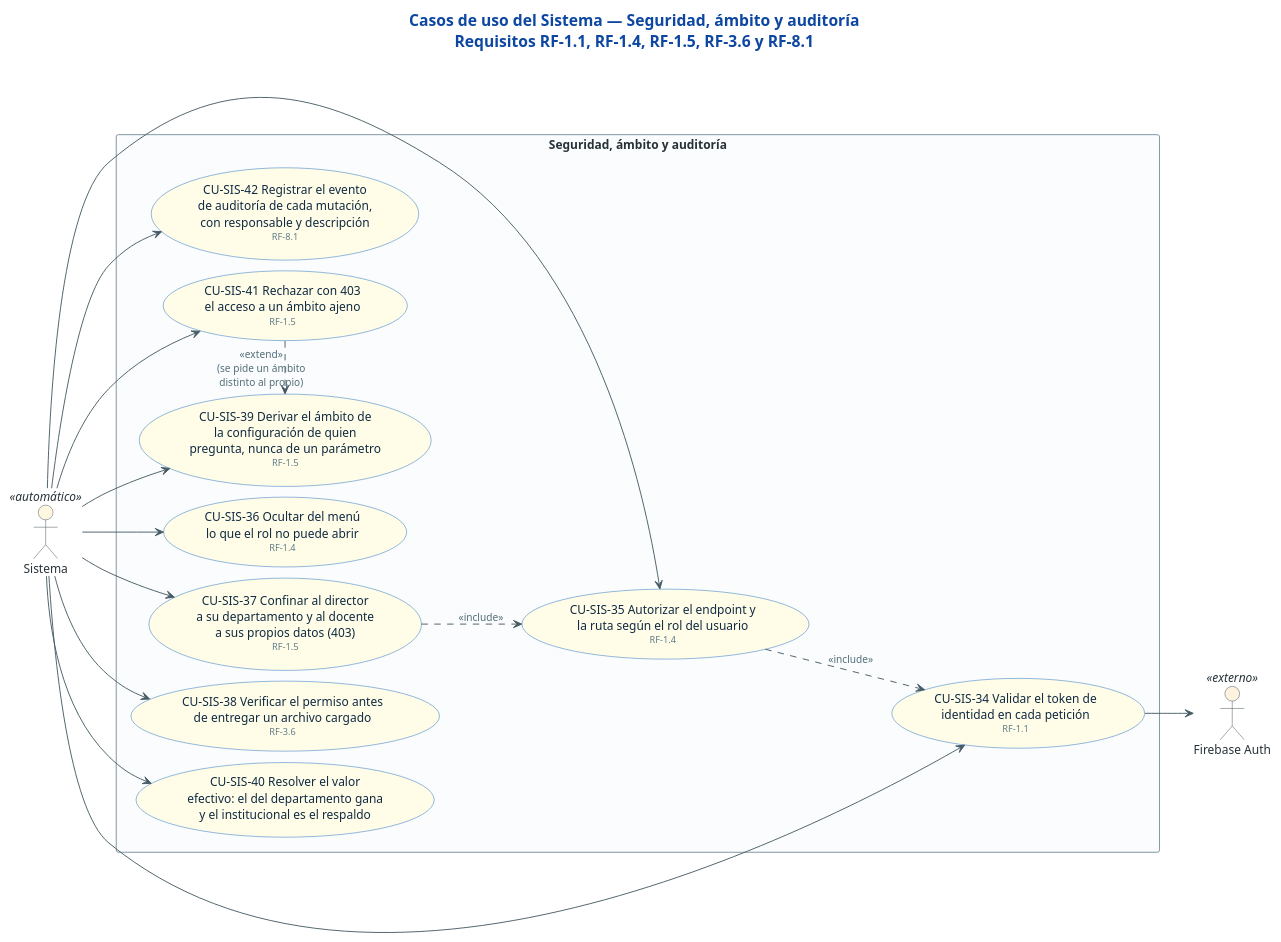
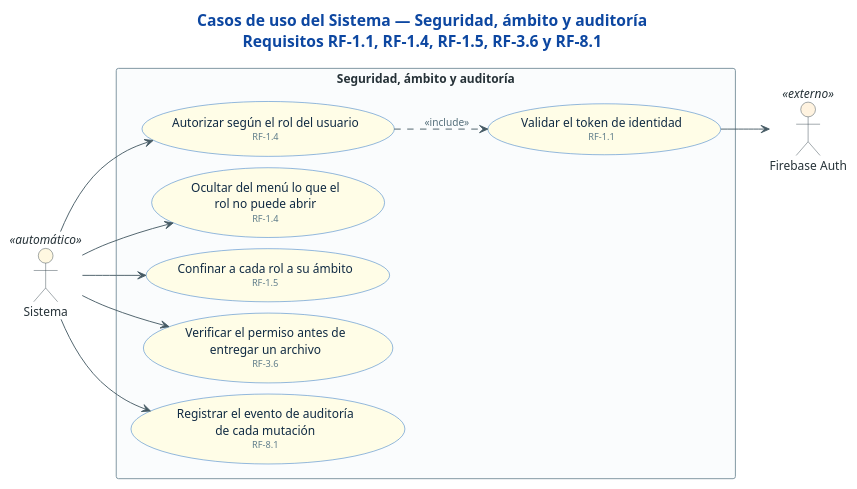
One commit to sistema-evaluacion-docente/api.evd changed the diagram in docs/casos-de-uso/20-sistema-seguridad-y-auditoria.puml. Above: the diagram before and after it, drawn with PlantUML. The commit also changed 20 other files, not shown here.

First line of the commit message:
style: change use case diagrams for clarity and consistency

```diff
--- a/docs/casos-de-uso/20-sistema-seguridad-y-auditoria.puml
+++ b/docs/casos-de-uso/20-sistema-seguridad-y-auditoria.puml
@@ -1,72 +1,60 @@
-@startuml cu-54-sistema-seguridad-y-auditoria
+@startuml cu-20-sistema-seguridad-y-auditoria
 ' =============================================================================
 ' Sistema de Evaluación Docente (SET) — UFPS
 ' Fuente: Tabla 36 (actores) y Tabla 37 (requisitos funcionales) del documento de
 '         tesis, con la implementación de DistilUmbert-back y DistilUmbert-front.
-' Especificación de cada caso de uso: docs/casos-de-uso/README.md
 ' =============================================================================
 title Casos de uso del Sistema — Seguridad, ámbito y auditoría\nRequisitos RF-1.1, RF-1.4, RF-1.5, RF-3.6 y RF-8.1
 
 left to right direction
 
 skinparam backgroundColor #FFFFFF
 skinparam shadowing false
 skinparam defaultFontSize 13
 skinparam TitleFontSize 17
 skinparam TitleFontColor #0D47A1
 skinparam ArrowColor #455A64
 skinparam ArrowFontColor #546E7A
 skinparam ArrowFontSize 11
 skinparam nodesep 12
 skinparam ranksep 40
-' Descomenta la línea siguiente para aristas ortogonales (requiere Graphviz).
-' skinparam linetype ortho
 skinparam actor {
   BackgroundColor #ECEFF1
   BorderColor #37474F
   FontColor #263238
 }
 skinparam usecase {
   BackgroundColor #E3F2FD
   BorderColor #1565C0
   FontColor #102A43
 }
 skinparam rectangle {
   BackgroundColor #FAFCFD
   BorderColor #78909C
   FontColor #263238
   FontStyle bold
 }
 
 actor "Sistema" as SYS <<automático>> #FFF8E1
 actor "Firebase Auth" as FBA <<externo>> #FFF3E0
 
 rectangle "Seguridad, ámbito y auditoría" {
-  usecase "CU-SIS-34 Validar el token de\nidentidad en cada petición\n<size:10><color:#607D8B>RF-1.1</color></size>" as S34 #FFFDE7
-  usecase "CU-SIS-35 Autorizar el endpoint y\nla ruta según el rol del usuario\n<size:10><color:#607D8B>RF-1.4</color></size>" as S35 #FFFDE7
-  usecase "CU-SIS-36 Ocultar del menú\nlo que el rol no puede abrir\n<size:10><color:#607D8B>RF-1.4</color></size>" as S36 #FFFDE7
-  usecase "CU-SIS-37 Confinar al director\na su departamento y al docente\na sus propios datos (403)\n<size:10><color:#607D8B>RF-1.5</color></size>" as S37 #FFFDE7
-  usecase "CU-SIS-38 Verificar el permiso antes\nde entregar un archivo cargado\n<size:10><color:#607D8B>RF-3.6</color></size>" as S38 #FFFDE7
-  usecase "CU-SIS-39 Derivar el ámbito de\nla configuración de quien\npregunta, nunca de un parámetro\n<size:10><color:#607D8B>RF-1.5</color></size>" as S39 #FFFDE7
-  usecase "CU-SIS-40 Resolver el valor\nefectivo: el del departamento gana\ny el institucional es el respaldo" as S40 #FFFDE7
-  usecase "CU-SIS-41 Rechazar con 403\nel acceso a un ámbito ajeno\n<size:10><color:#607D8B>RF-1.5</color></size>" as S41 #FFFDE7
-  usecase "CU-SIS-42 Registrar el evento\nde auditoría de cada mutación,\ncon responsable y descripción\n<size:10><color:#607D8B>RF-8.1</color></size>" as S42 #FFFDE7
+  usecase "Validar el token de identidad\n<size:10><color:#607D8B>RF-1.1</color></size>" as S31 #FFFDE7
+  usecase "Autorizar según el rol del usuario\n<size:10><color:#607D8B>RF-1.4</color></size>" as S32 #FFFDE7
+  usecase "Ocultar del menú lo que el\nrol no puede abrir\n<size:10><color:#607D8B>RF-1.4</color></size>" as S33 #FFFDE7
+  usecase "Confinar a cada rol a su ámbito\n<size:10><color:#607D8B>RF-1.5</color></size>" as S34 #FFFDE7
+  usecase "Verificar el permiso antes de\nentregar un archivo\n<size:10><color:#607D8B>RF-3.6</color></size>" as S35 #FFFDE7
+  usecase "Registrar el evento de auditoría\nde cada mutación\n<size:10><color:#607D8B>RF-8.1</color></size>" as S36 #FFFDE7
 }
 
+SYS --> S32
+SYS --> S33
 SYS --> S34
 SYS --> S35
 SYS --> S36
-SYS --> S37
-SYS --> S38
-SYS --> S39
-SYS --> S40
-SYS --> S41
-SYS --> S42
 
-S34 --> FBA
+S32 ..> S31 : <<include>>
 
-S35 ..> S34 : <<include>>
-S37 ..> S35 : <<include>>
-S41 .> S39 : <<extend>>\n(se pide un ámbito\ndistinto al propio)
+S31 --> FBA
 
 @enduml
```
